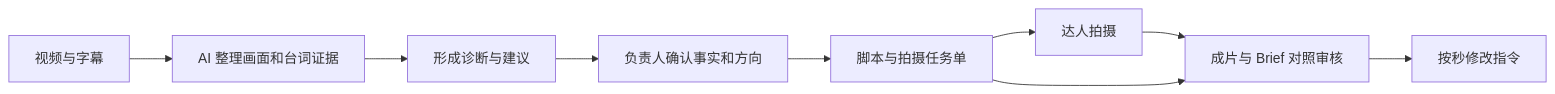
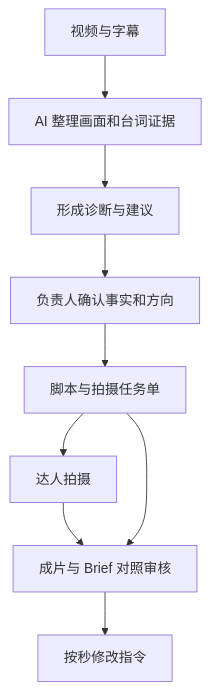
The diagram in README.md (iamsherrywu/sherry-douyin-skills), drawn with Mermaid before and after one commit. The commit also changed 1 other file, not shown here.

Commit message:
Improve workflow diagram readability on mobile

````diff
--- a/README.md
+++ b/README.md
@@ -51,11 +51,11 @@
 ```mermaid
-flowchart LR
+flowchart TD
     A[视频与字幕] --> B[AI 整理画面和台词证据]
     B --> C[形成诊断与建议]
     C --> D[负责人确认事实和方向]
     D --> E[脚本与拍摄任务单]
     E --> F[达人拍摄]
     F --> G[成片与 Brief 对照审核]
     G --> H[按秒修改指令]
     E --> G
 ```
````
